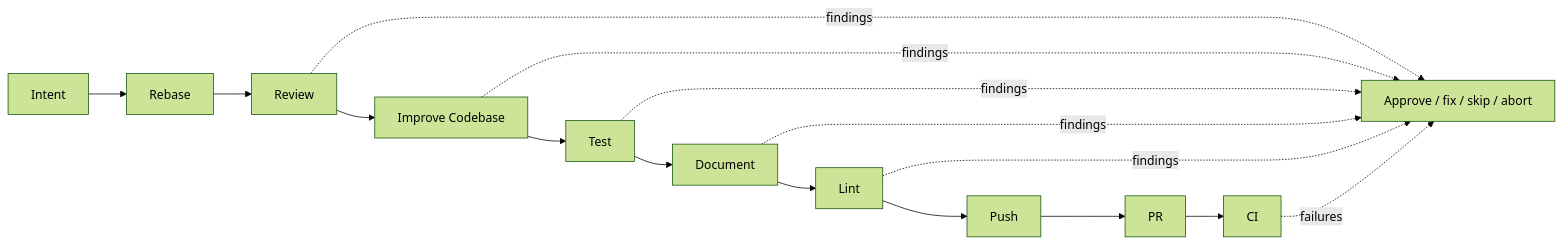
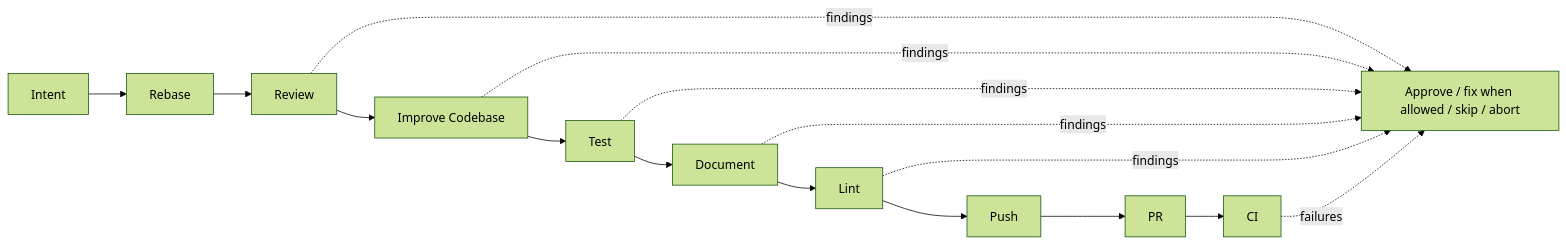
The diagram in docs/src/content/docs/concepts/pipeline.md (kunchenguid/no-mistakes), drawn with Mermaid (forest theme) before and after one commit. The commit also changed 7 other files, not shown here.

````diff
--- a/docs/src/content/docs/concepts/pipeline.md
+++ b/docs/src/content/docs/concepts/pipeline.md
@@ -12,10 +12,10 @@
 ```mermaid
 flowchart LR
   intent["Intent"] --> rebase["Rebase"] --> review["Review"] --> improve["Improve Codebase"] --> test["Test"] --> document["Document"] --> lint["Lint"] --> push["Push"] --> pr["PR"] --> ci["CI"]
-  review -. findings .-> action["Approve / fix / skip / abort"]
+  review -. findings .-> action["Approve / fix when allowed / skip / abort"]
   improve -. findings .-> action
   test -. findings .-> action
   document -. findings .-> action
   lint -. findings .-> action
   ci -. failures .-> action
 ```
````
